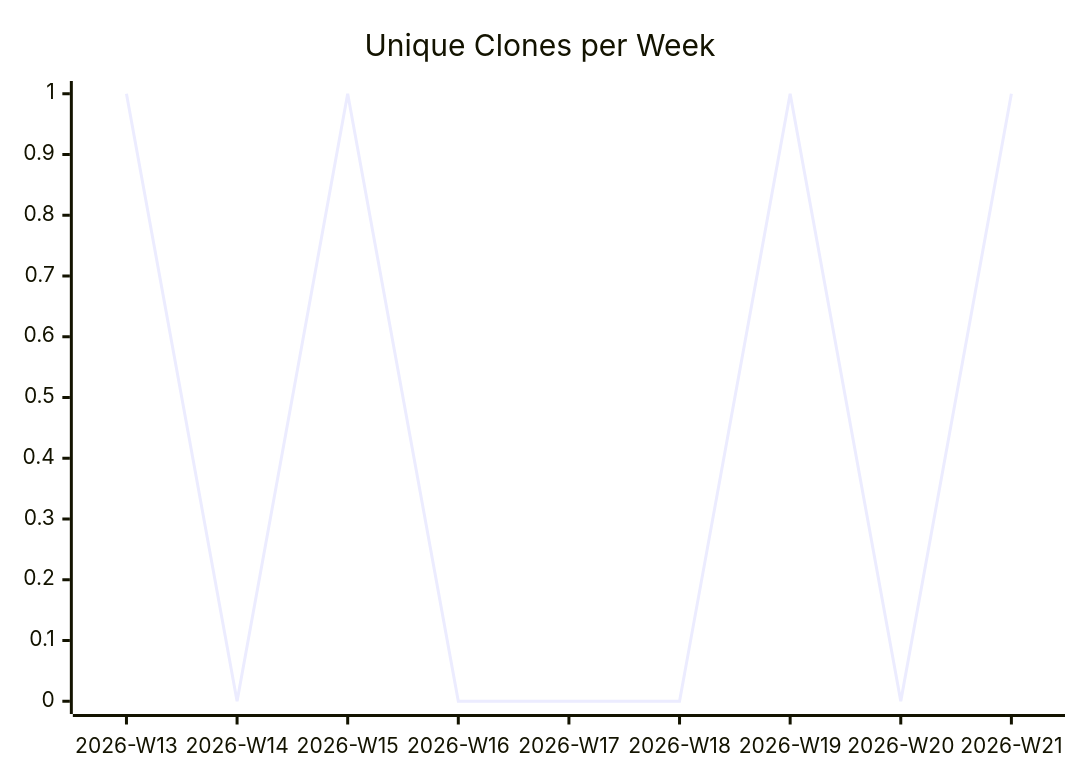
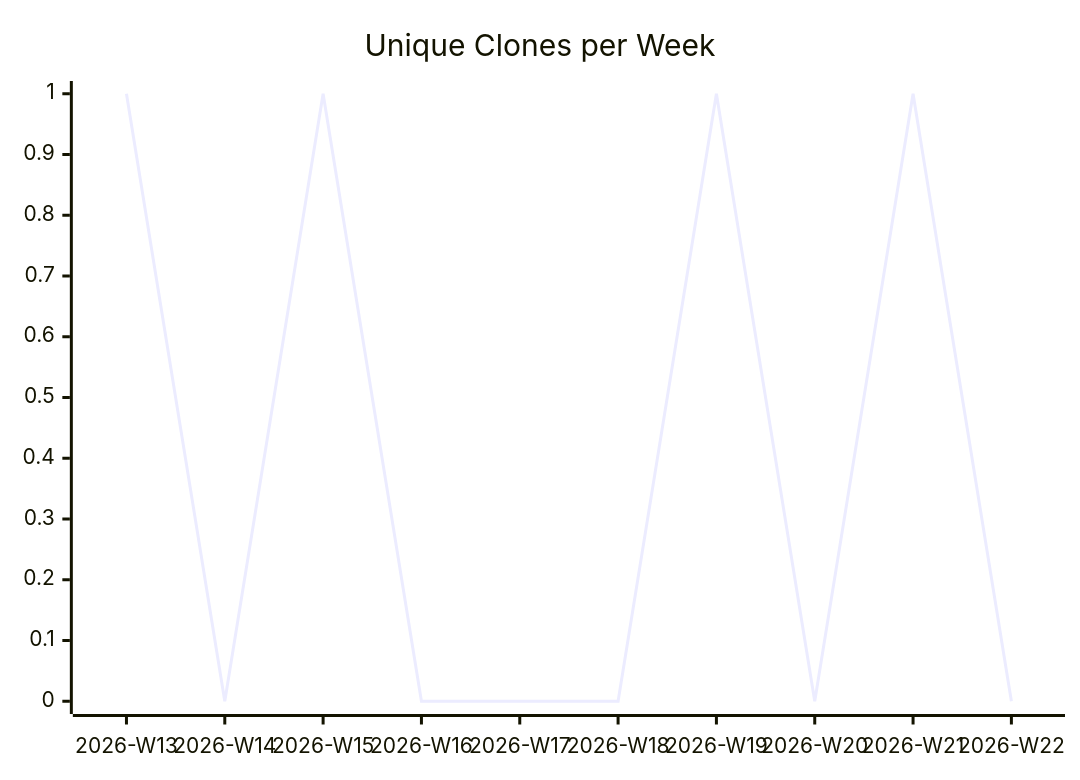
One commit to justdavis-family/github-analytics-data changed the third of 3 diagrams in karlmdavis/ansible-role-acmetool/README.md. Above: the diagram before and after it, drawn with Mermaid. The commit also changed other lines of this file and 190 other files, not shown here.

````diff
--- a/karlmdavis/ansible-role-acmetool/README.md
+++ b/karlmdavis/ansible-role-acmetool/README.md
@@ -19,6 +19,6 @@
 ```mermaid
 xychart-beta
   title "Unique Clones per Week"
-  x-axis ["2026-W13", "2026-W14", "2026-W15", "2026-W16", "2026-W17", "2026-W18", "2026-W19", "2026-W20", "2026-W21"]
-  line [1, 0, 1, 0, 0, 0, 1, 0, 1]
+  x-axis ["2026-W13", "2026-W14", "2026-W15", "2026-W16", "2026-W17", "2026-W18", "2026-W19", "2026-W20", "2026-W21", "2026-W22"]
+  line [1, 0, 1, 0, 0, 0, 1, 0, 1, 0]
 ```
````
